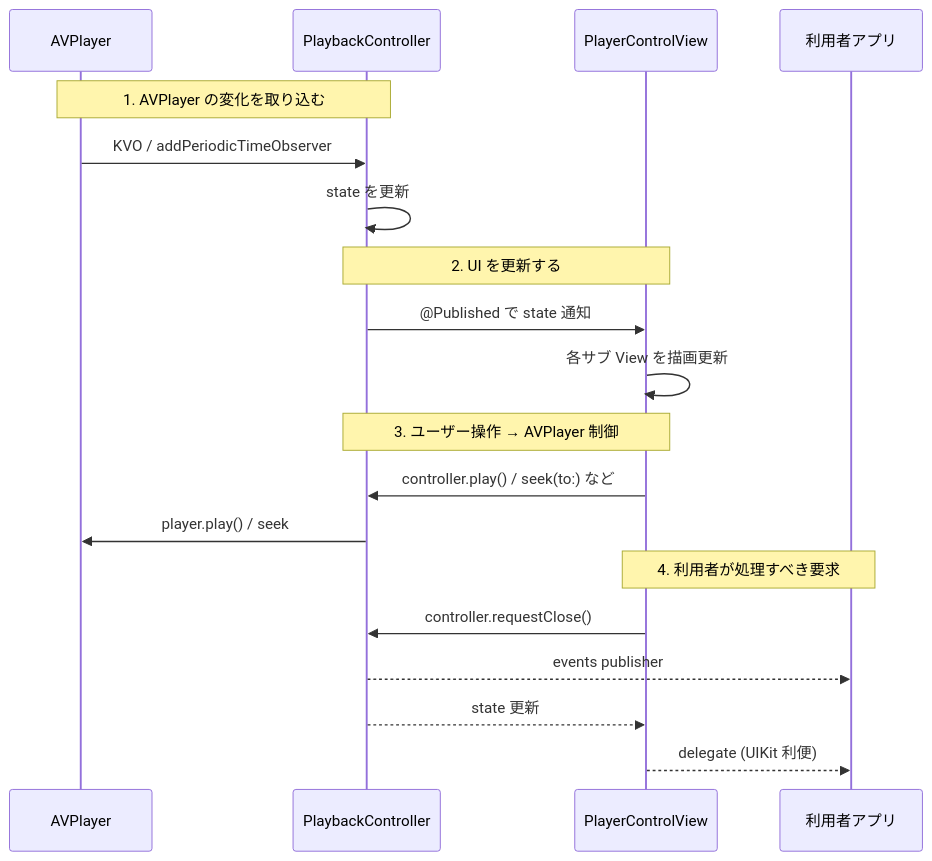
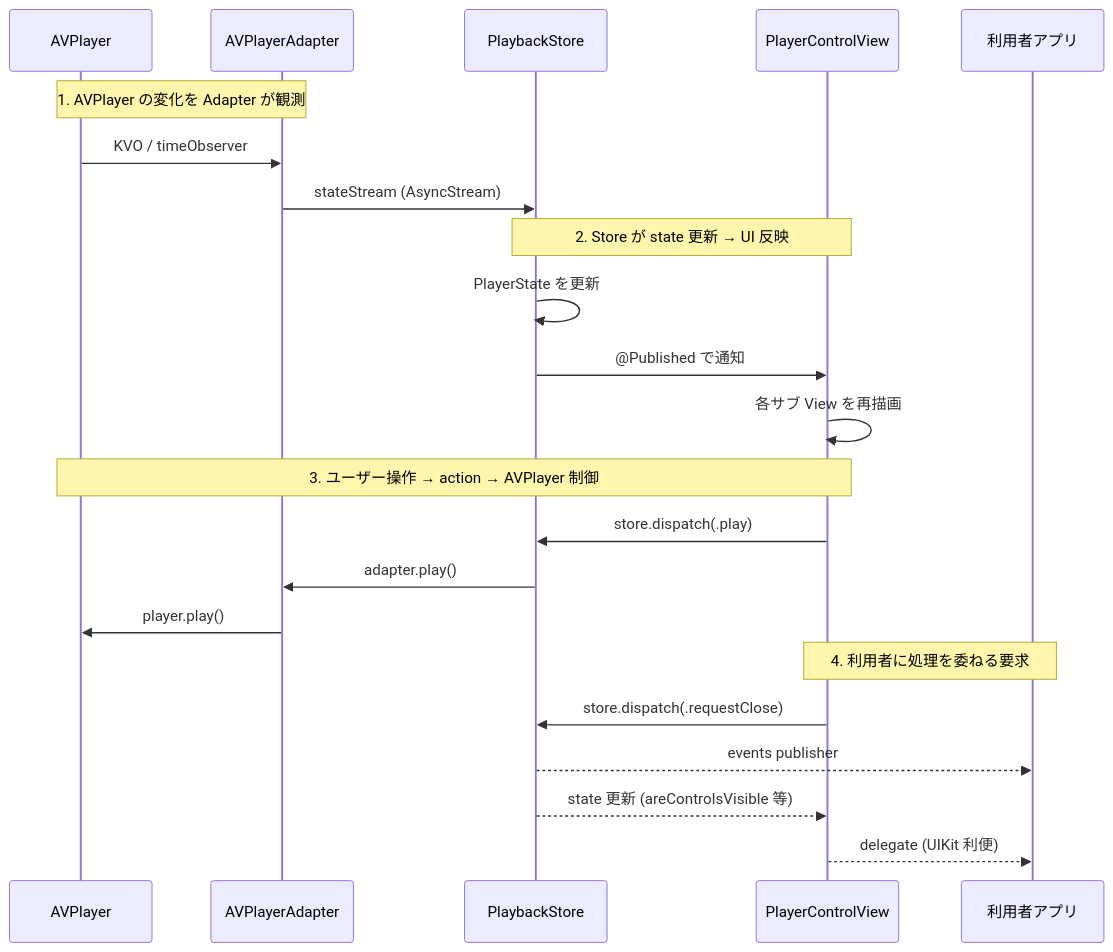
One commit to FujimoriGit/AVPlayerControlUI changed the fourth of 5 diagrams in DESIGN.md. Above: the diagram before and after it, drawn with Mermaid. The commit also changed other lines of this file, not shown here.

First line of the commit message:
Refactor design to Store + Adapter architecture

````diff
--- a/DESIGN.md
+++ b/DESIGN.md
@@ -328,25 +424,28 @@
 ```mermaid
 sequenceDiagram
     participant AVP as AVPlayer
-    participant PC as PlaybackController
+    participant AD as AVPlayerAdapter
+    participant ST as PlaybackStore
     participant V as PlayerControlView
     participant App as 利用者アプリ
 
-    Note over AVP,PC: 1. AVPlayer の変化を取り込む
-    AVP->>PC: KVO / addPeriodicTimeObserver
-    PC->>PC: state を更新
+    Note over AVP,AD: 1. AVPlayer の変化を Adapter が観測
+    AVP->>AD: KVO / timeObserver
+    AD->>ST: stateStream (AsyncStream)
 
-    Note over PC,V: 2. UI を更新する
-    PC->>V: @Published で state 通知
-    V->>V: 各サブ View を描画更新
+    Note over ST,V: 2. Store が state 更新 → UI 反映
+    ST->>ST: PlayerState を更新
+    ST->>V: @Published で通知
+    V->>V: 各サブ View を再描画
 
-    Note over V,PC: 3. ユーザー操作 → AVPlayer 制御
-    V->>PC: controller.play() / seek(to:) など
-    PC->>AVP: player.play() / seek
+    Note over V,AVP: 3. ユーザー操作 → action → AVPlayer 制御
+    V->>ST: store.dispatch(.play)
+    ST->>AD: adapter.play()
+    AD->>AVP: player.play()
 
-    Note over V,App: 4. 利用者が処理すべき要求
-    V->>PC: controller.requestClose()
-    PC-->>App: events publisher
-    PC-->>V: state 更新
+    Note over V,App: 4. 利用者に処理を委ねる要求
+    V->>ST: store.dispatch(.requestClose)
+    ST-->>App: events publisher
+    ST-->>V: state 更新 (areControlsVisible 等)
     V-->>App: delegate (UIKit 利便)
 ```
````
